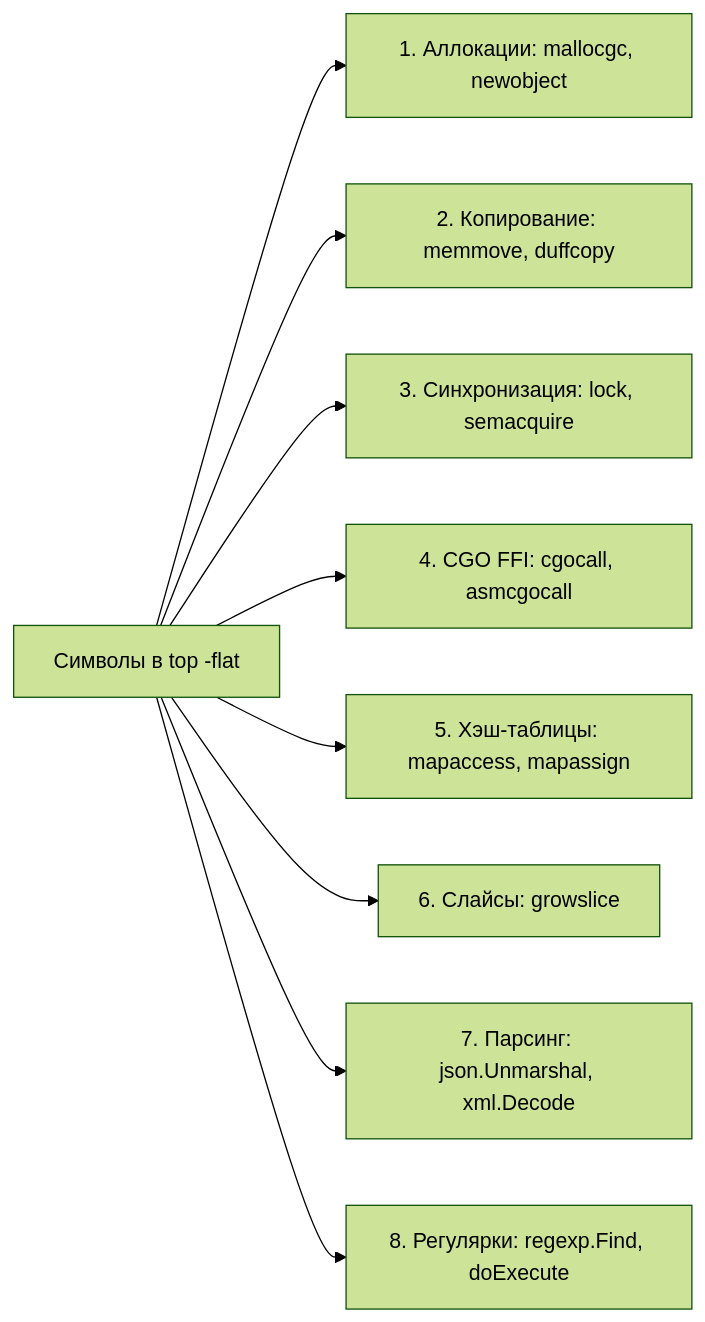
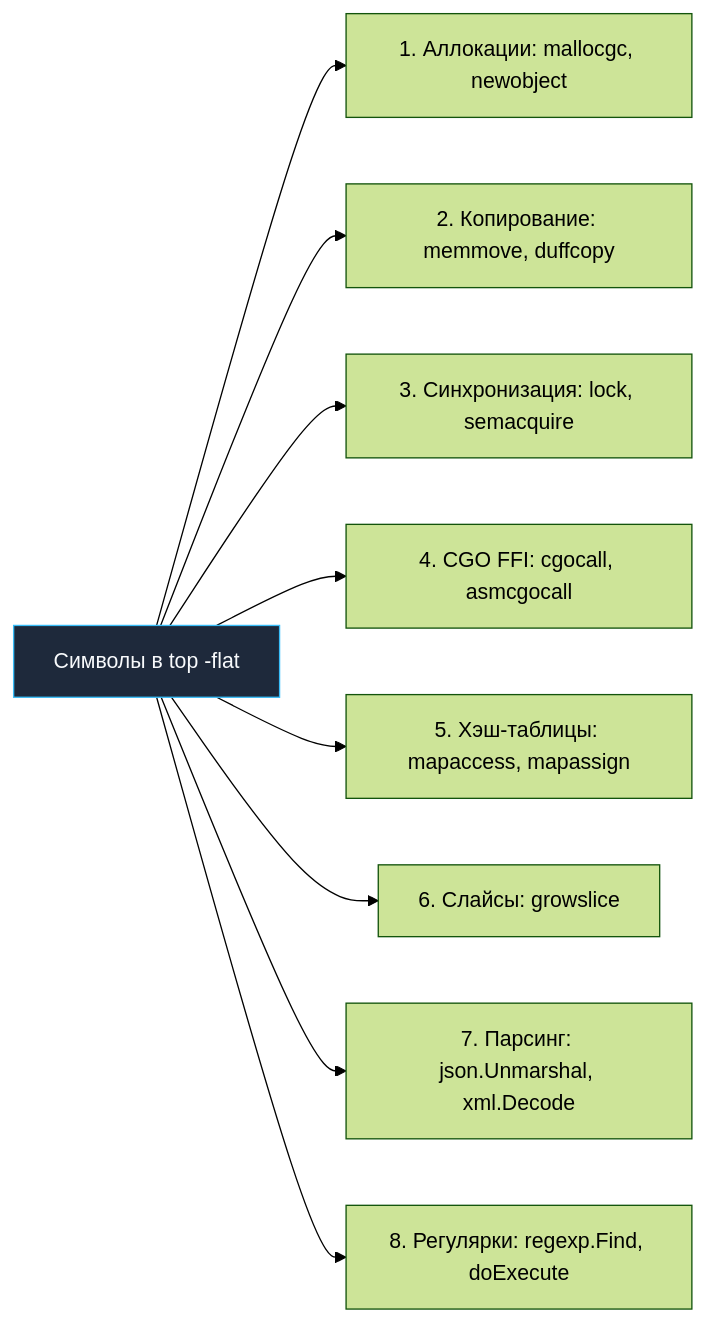
Before and after one commit to UnrealTemplier/go-textbook: the second of 3 diagrams in sources/16. Профилирование, отладка и производительность/03. CPU profiling/4. Top functions анализ.md, drawn with Mermaid (forest theme). The commit also changed other lines of this file and 1666 other files, not shown here.

First line of the commit message:
feat(mermaid): add semantic color classDef to 1369 colorless flowchart/graph diagrams

````diff
--- a/sources/16. Профилирование, отладка и производительность/03. CPU profiling/4. Top functions анализ.md
+++ b/sources/16. Профилирование, отладка и производительность/03. CPU profiling/4. Top functions анализ.md
@@ -121,11 +131,21 @@
 ```mermaid
 flowchart LR
-    TopReport["Символы в top -flat"] --> C1["1. Аллокации: mallocgc, newobject"]
+    classDef process  fill:#1e293b,stroke:#38bdf8,stroke-width:1px,color:#f8fafc
+    classDef success  fill:#064e3b,stroke:#34d399,stroke-width:1px,color:#f8fafc
+    classDef error    fill:#7f1d1d,stroke:#f87171,stroke-width:1px,color:#f8fafc
+    classDef warning  fill:#78350f,stroke:#fbbf24,stroke-width:1px,color:#f8fafc
+    classDef entry    fill:#1e3a5f,stroke:#38bdf8,stroke-width:2px,color:#f8fafc
+    classDef aux      fill:#334155,stroke:#64748b,stroke-width:1px,color:#f8fafc
+    classDef system   fill:#312e81,stroke:#a78bfa,stroke-width:1px,color:#f8fafc
+    classDef data     fill:#132d29,stroke:#2dd4bf,stroke-width:1px,color:#f8fafc
+    classDef network  fill:#881337,stroke:#fb7185,stroke-width:1px,color:#f8fafc
+    classDef accent   fill:#1e1b4b,stroke:#818cf8,stroke-width:1px,color:#f8fafc
+    TopReport["Символы в top -flat"]:::process --> C1["1. Аллокации: mallocgc, newobject"]
     TopReport --> C2["2. Копирование: memmove, duffcopy"]
     TopReport --> C3["3. Синхронизация: lock, semacquire"]
     TopReport --> C4["4. CGO FFI: cgocall, asmcgocall"]
     TopReport --> C5["5. Хэш-таблицы: mapaccess, mapassign"]
     TopReport --> C6["6. Слайсы: growslice"]
     TopReport --> C7["7. Парсинг: json.Unmarshal, xml.Decode"]
     TopReport --> C8["8. Регулярки: regexp.Find, doExecute"]
 ```
````
